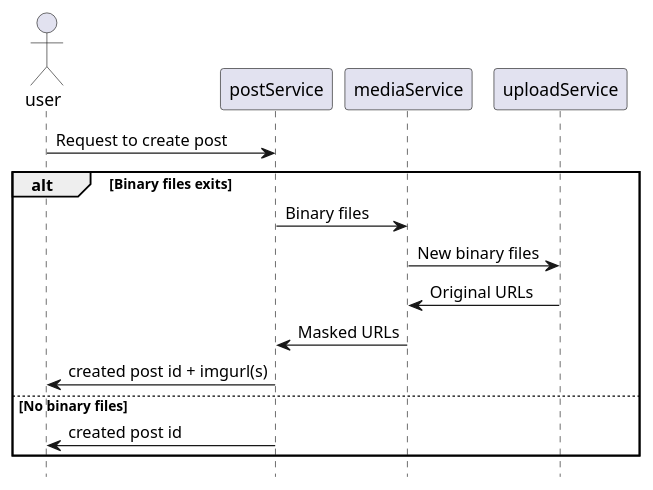
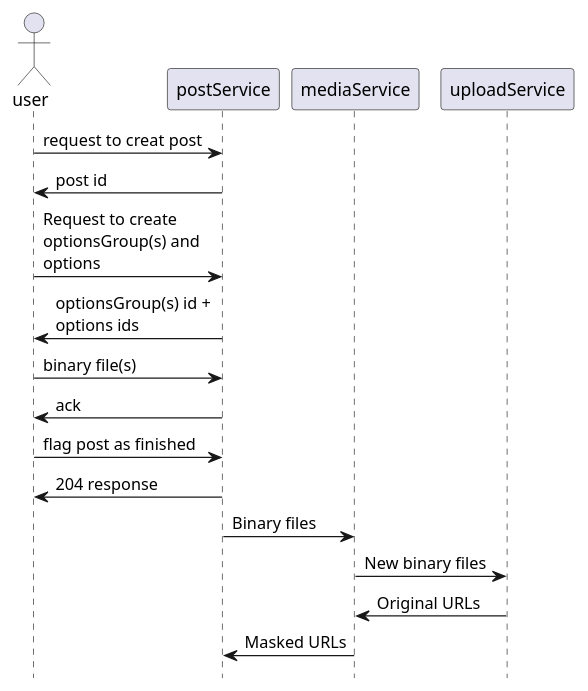
The diagram in services_diagrams_databases/post/post.createPost.sequenceDiagram.plantuml (saifaldin/diagrams), drawn with PlantUML before and after one commit. The commit also changed 1 other file, not shown here.

Commit message:
modify post database diagram & update createPost diagram

```diff
--- a/services_diagrams_databases/post/post.createPost.sequenceDiagram.plantuml
+++ b/services_diagrams_databases/post/post.createPost.sequenceDiagram.plantuml
@@ -1,20 +1,22 @@
 @startuml create_post
 hide footbox
-
+skinparam maxMessageSize 150
 actor user
 
 participant postService
 participant mediaService
 participant uploadService
 
-user -> postService : Request to create post
-alt Binary files exits
+user -> postService : request to creat post 
+postService -> user : post id
+user -> postService : Request to create optionsGroup(s) and options
+postService -> user : optionsGroup(s) id + options ids
+user -> postService : binary file(s) 
+postService -> user : ack
+user -> postService : flag post as finished
+postService -> user : 204 response
 postService -> mediaService: Binary files
 mediaService -> uploadService: New binary files
 uploadService -> mediaService: Original URLs
 mediaService -> postService: Masked URLs
-postService -> user: created post id + imgurl(s)
-else No binary files
-postService -> user: created post id
-end
 @enduml
```
